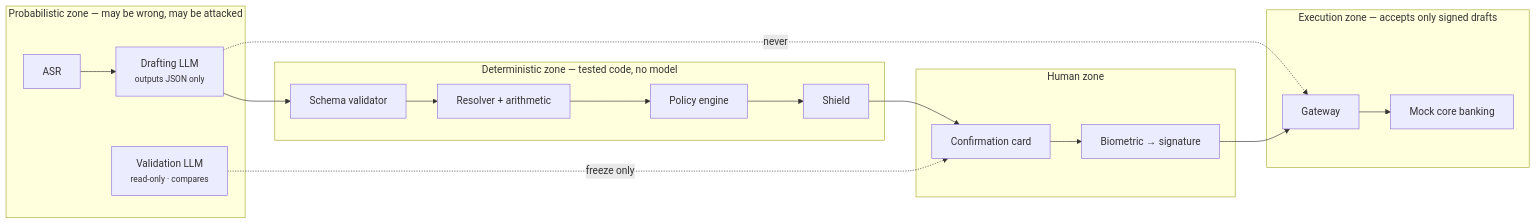
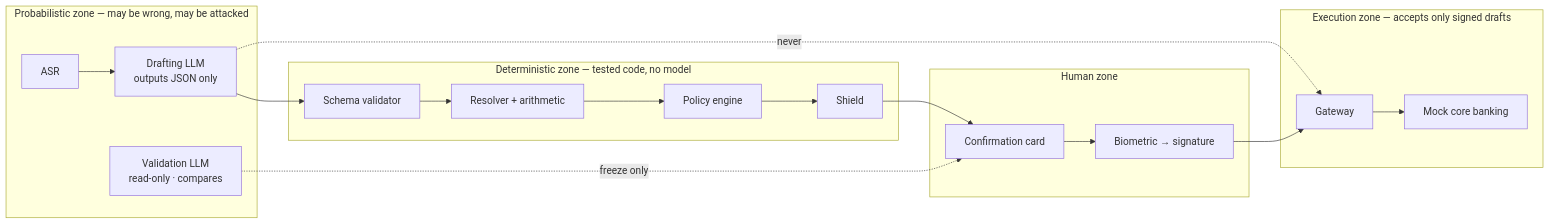
The second of 4 diagrams in docs/business-flow.md (aljabrialam/tencent-cloud-ai-hackathon-sg-2026), drawn with Mermaid before and after one commit. The commit also changed other lines of this file and 2 other files, not shown here.

First line of the commit message:
Fix mermaid label drift — drop <small> tags

````diff
--- a/docs/business-flow.md
+++ b/docs/business-flow.md
@@ -62,22 +62,22 @@
 ```mermaid
 flowchart LR
   subgraph P["Probabilistic zone — may be wrong, may be attacked"]
-    ASR["ASR"] --> LLM1["Drafting LLM<br/><small>outputs JSON only</small>"]
-    LLM2["Validation LLM<br/><small>read-only · compares</small>"]
+    ASR["ASR"] --> LLM1["Drafting LLM<br/>outputs JSON only"]
+    LLM2["Validation LLM<br/>read-only · compares"]
   end
   subgraph D["Deterministic zone — tested code, no model"]
     SCH["Schema validator"] --> RESV["Resolver + arithmetic"]
     RESV --> POLY["Policy engine"] --> SHD["Shield"]
   end
   subgraph H["Human zone"]
     CARD["Confirmation card"] --> BIO["Biometric → signature"]
   end
   subgraph G["Execution zone — accepts only signed drafts"]
     GW["Gateway"] --> LEDGER["Mock core banking"]
   end
   LLM1 --> SCH
   LLM1 -.->|"never"| GW
   LLM2 -.->|"freeze only"| CARD
   SHD --> CARD
   BIO --> GW
 ```
````
